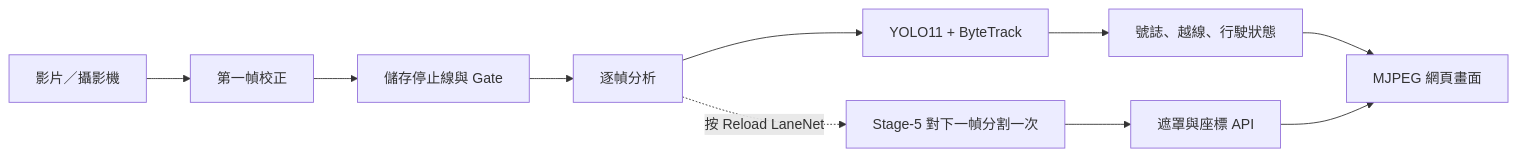
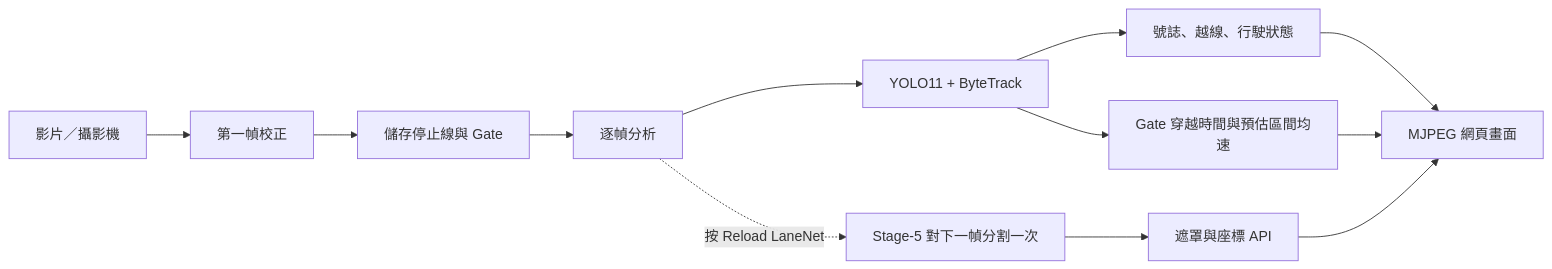
The diagram in README.md (youying971201-lgtm/proj), drawn with Mermaid before and after one commit. The commit also changed other lines of this file and 6 other files, not shown here.

````diff
--- a/README.md
+++ b/README.md
@@ -27,12 +27,14 @@
 ```mermaid
 flowchart LR
     A[影片／攝影機] --> B[第一幀校正]
     B --> C[儲存停止線與 Gate]
     C --> D[逐幀分析]
     D --> E[YOLO11 + ByteTrack]
     D -. 按 Reload LaneNet .-> F[Stage-5 對下一幀分割一次]
     E --> G[號誌、越線、行駛狀態]
+    E --> J[Gate 穿越時間與預估區間均速]
     F --> H[遮罩與座標 API]
     G --> I[MJPEG 網頁畫面]
+    J --> I
     H --> I
 ```
````
